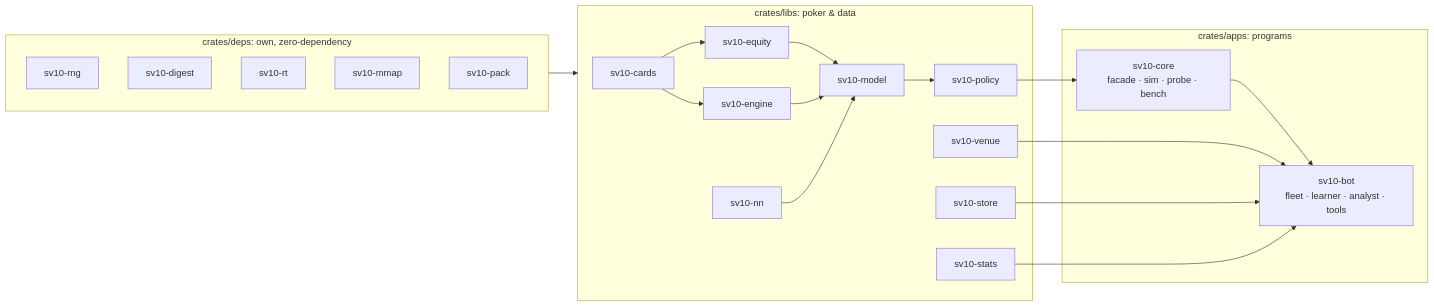
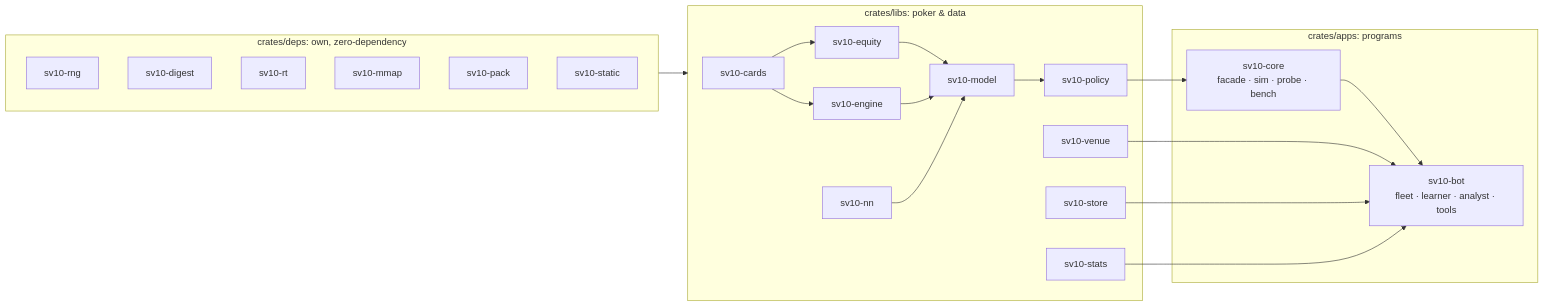
One commit to SvanLabs/SvanBot changed the third of 4 diagrams in README.md. Above: the diagram before and after it, drawn with Mermaid. The commit also changed 13 other files, not shown here.

````diff
--- a/README.md
+++ b/README.md
@@ -218,27 +218,27 @@
 ```mermaid
 flowchart LR
   subgraph deps["crates/deps: own, zero-dependency"]
-    rng["sv10-rng"]; digest["sv10-digest"]; rt["sv10-rt"]; mmap["sv10-mmap"]; pack["sv10-pack"]
+    rng["sv10-rng"]; digest["sv10-digest"]; rt["sv10-rt"]; mmap["sv10-mmap"]; pack["sv10-pack"]; stat["sv10-static"]
   end
   subgraph libs["crates/libs: poker & data"]
     cards["sv10-cards"] --> equity["sv10-equity"]
     cards --> engine["sv10-engine"]
     equity --> model["sv10-model"]
     engine --> model
     nn["sv10-nn"] --> model
     model --> policy["sv10-policy"]
     stats["sv10-stats"]
     venue["sv10-venue"]
     store["sv10-store"]
   end
   subgraph apps["crates/apps: programs"]
     core["sv10-core<br/>facade · sim · probe · bench"]
     bot["sv10-bot<br/>fleet · learner · analyst · tools"]
   end
   deps --> libs
   policy --> core
   core --> bot
   venue --> bot
   store --> bot
   stats --> bot
 ```
````
